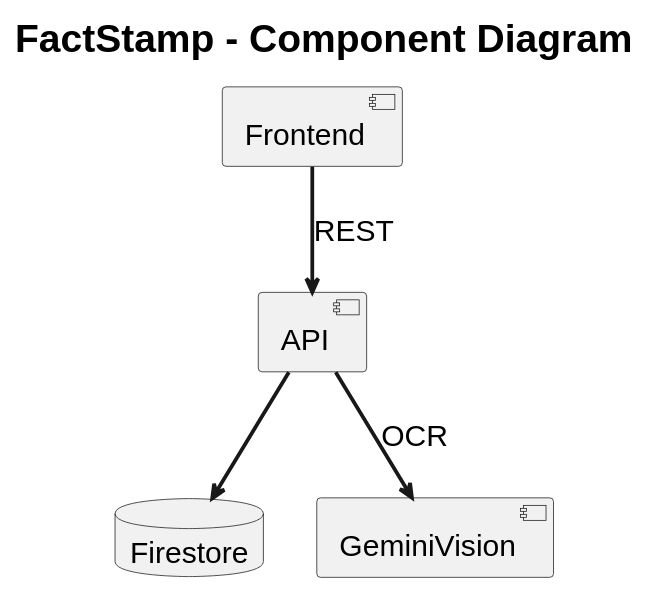
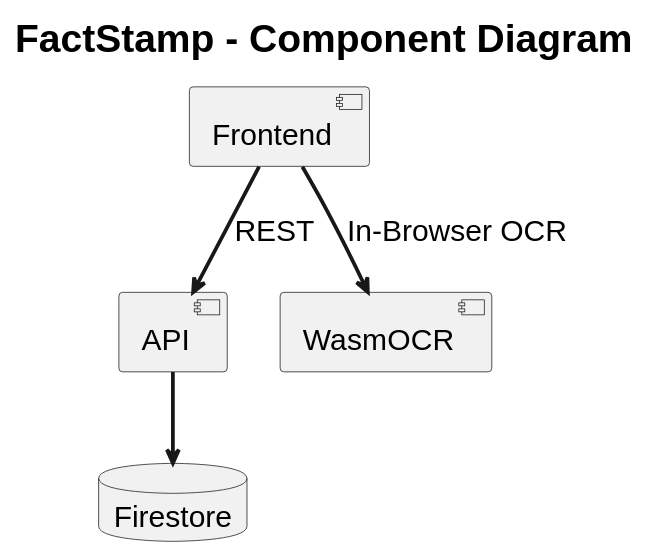
One commit to aadish0day/typst changed the sixth of 12 diagrams in FactStamp/Rules/Diagram-rules.md. Above: the diagram before and after it, drawn with PlantUML. The commit also changed other lines of this file and 417 other files, not shown here.

````diff
--- a/FactStamp/Rules/Diagram-rules.md
+++ b/FactStamp/Rules/Diagram-rules.md
@@ -329,22 +329,22 @@
 ```plantuml
 @startuml
 skinparam style strictuml
 skinparam monochrome true
 skinparam defaultFontName "Liberation Sans"
 skinparam defaultFontSize 20
 skinparam defaultFontStyle bold
 skinparam titleFontSize 26
 skinparam titleFontStyle bold
 skinparam ArrowThickness 2.5
 title FactStamp - Component Diagram
 
 component Frontend
 component API
 database Firestore
-component GeminiVision
+component WasmOCR
 
 Frontend --> API : REST
+Frontend --> WasmOCR : In-Browser OCR
 API --> Firestore
-API --> GeminiVision : OCR
 @enduml
 ```
````
